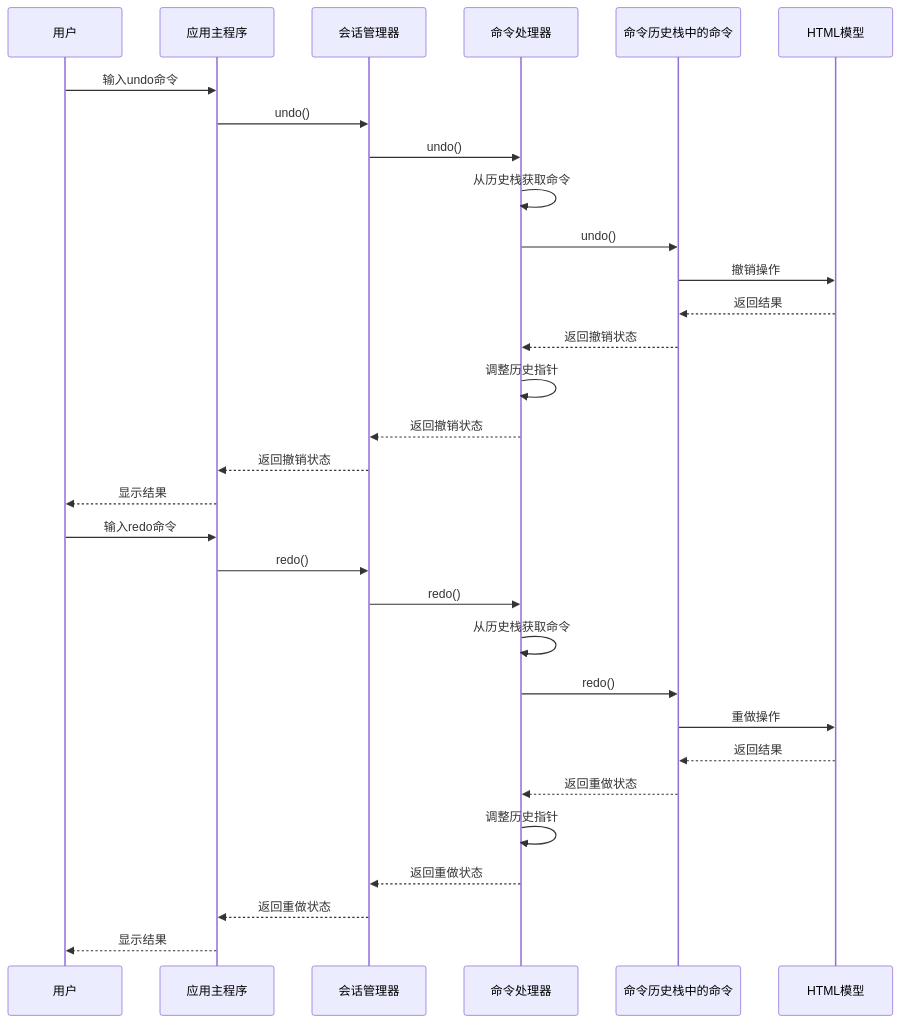
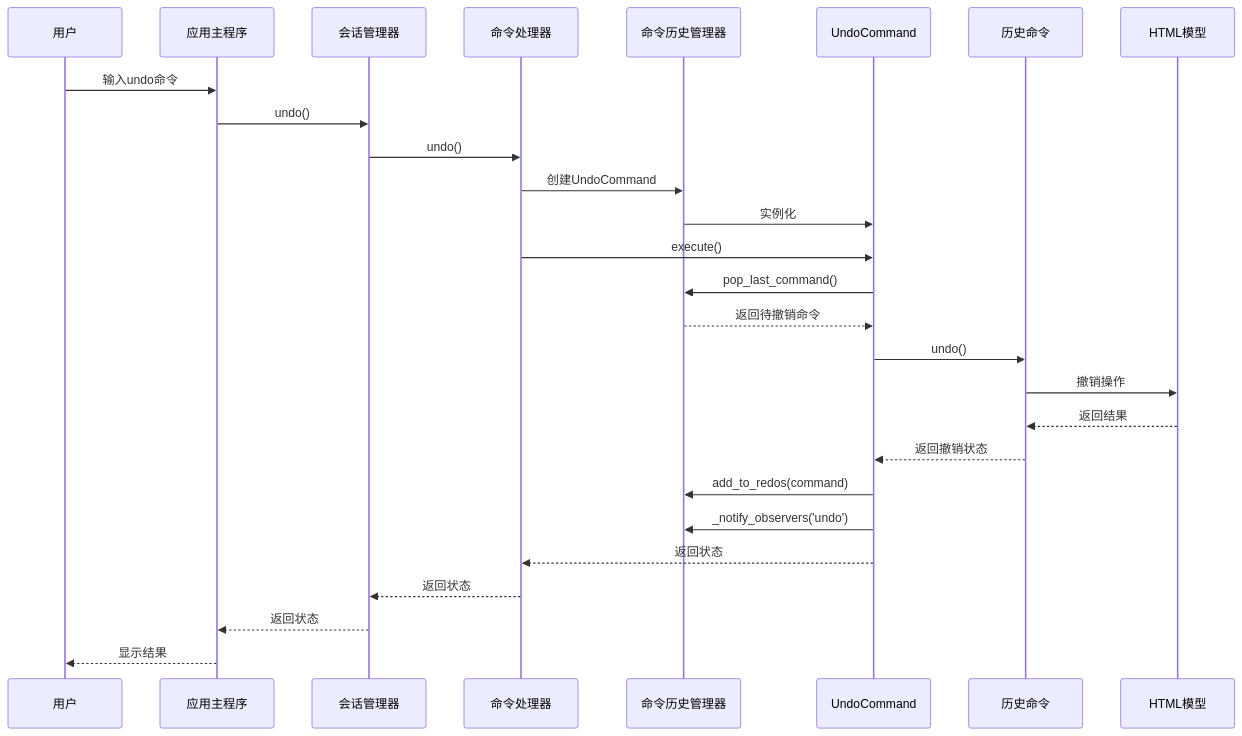
The third of 8 diagrams in docs/complete_project_diagram.md (KiritoFD/OOP_lab1), drawn with Mermaid before and after one commit. The commit also changed other lines of this file and 5 other files, not shown here.

````diff
--- a/docs/complete_project_diagram.md
+++ b/docs/complete_project_diagram.md
@@ -162,35 +173,30 @@
 ```mermaid
 sequenceDiagram
     participant User as 用户
     participant Main as 应用主程序
     participant Session as 会话管理器
     participant Processor as 命令处理器
-    participant Command as 命令历史栈中的命令
+    participant History as 命令历史管理器
+    participant UndoCmd as UndoCommand
+    participant Command as 历史命令
     participant Model as HTML模型
     
     User->>Main: 输入undo命令
     Main->>Session: undo()
     Session->>Processor: undo()
-    Processor->>Processor: 从历史栈获取命令
-    Processor->>Command: undo()
+    Processor->>History: 创建UndoCommand
+    History->>UndoCmd: 实例化
+    Processor->>UndoCmd: execute()
+    UndoCmd->>History: pop_last_command()
+    History-->>UndoCmd: 返回待撤销命令
+    UndoCmd->>Command: undo()
     Command->>Model: 撤销操作
     Model-->>Command: 返回结果
-    Command-->>Processor: 返回撤销状态
-    Processor->>Processor: 调整历史指针
-    Processor-->>Session: 返回撤销状态
-    Session-->>Main: 返回撤销状态
-    Main-->>User: 显示结果
-    
-    User->>Main: 输入redo命令
-    Main->>Session: redo()
-    Session->>Processor: redo()
-    Processor->>Processor: 从历史栈获取命令
-    Processor->>Command: redo()
-    Command->>Model: 重做操作
-    Model-->>Command: 返回结果
-    Command-->>Processor: 返回重做状态
-    Processor->>Processor: 调整历史指针
-    Processor-->>Session: 返回重做状态
-    Session-->>Main: 返回重做状态
+    Command-->>UndoCmd: 返回撤销状态
+    UndoCmd->>History: add_to_redos(command)
+    UndoCmd->>History: _notify_observers('undo')
+    UndoCmd-->>Processor: 返回状态
+    Processor-->>Session: 返回状态
+    Session-->>Main: 返回状态
     Main-->>User: 显示结果
 ```
````
